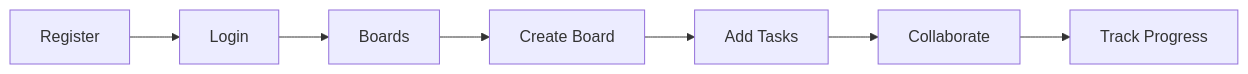
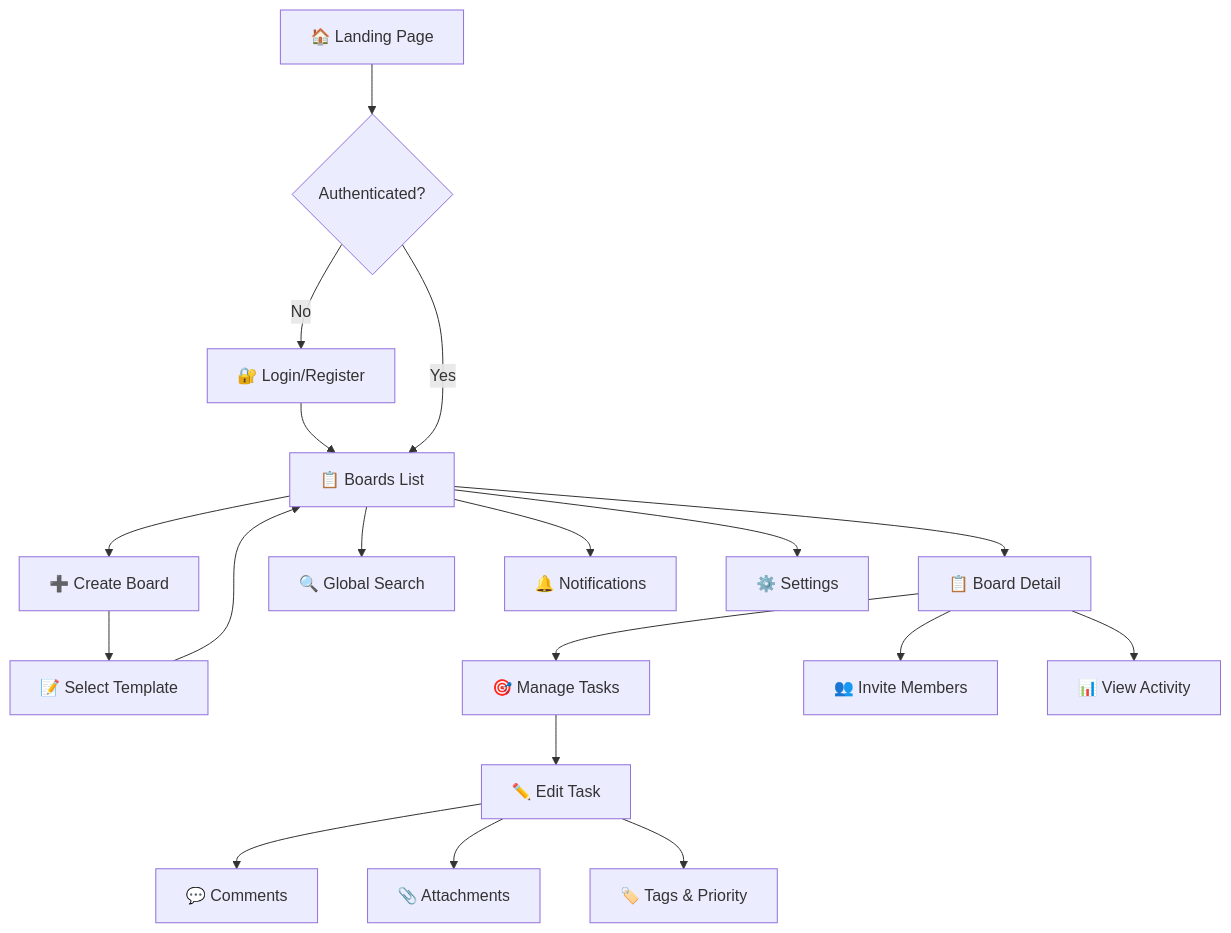
The diagram in README.md (p-igor89/kanban_pasv), drawn with Mermaid before and after one commit. The commit also changed other lines of this file, not shown here.

Commit message:
Improve User Flow diagram in README
- Add detailed mermaid flowchart with all user paths
- Add "What You Can Do" summary table

````diff
--- a/README.md
+++ b/README.md
@@ -157,9 +157,25 @@
 ```mermaid
-flowchart LR
-    A[Register] --> B[Login]
-    B --> C[Boards]
-    C --> D[Create Board]
-    D --> E[Add Tasks]
-    E --> F[Collaborate]
-    F --> G[Track Progress]
+flowchart TD
+    A[🏠 Landing Page] --> B{Authenticated?}
+    B -->|No| C[🔐 Login/Register]
+    C --> D[📋 Boards List]
+    B -->|Yes| D
+
+    D --> E[➕ Create Board]
+    E --> F[📝 Select Template]
+    F --> D
+
+    D --> G[📋 Board Detail]
+    G --> H[🎯 Manage Tasks]
+    G --> I[👥 Invite Members]
+    G --> J[📊 View Activity]
+
+    H --> K[✏️ Edit Task]
+    K --> L[💬 Comments]
+    K --> M[📎 Attachments]
+    K --> N[🏷️ Tags & Priority]
+
+    D --> O[🔍 Global Search]
+    D --> P[🔔 Notifications]
+    D --> Q[⚙️ Settings]
 ```
````
